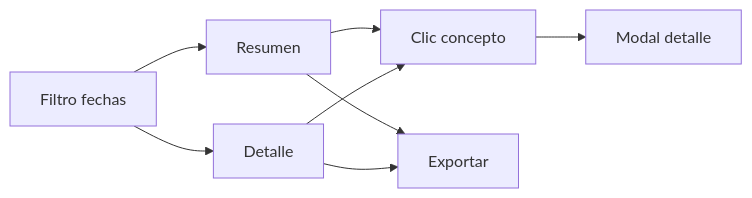
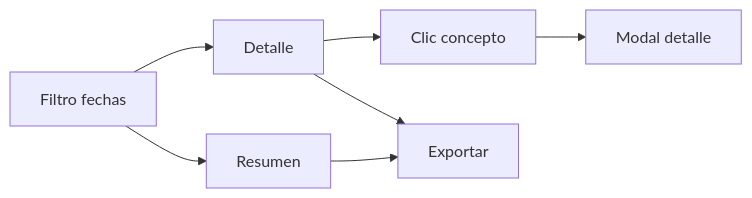
The diagram in documentation/flujo/vision-general.md (nicolascasanova0799/documentacion-prototipo-caja-diaria), drawn with Mermaid before and after one commit. The commit also changed other lines of this file and 7 other files, not shown here.

````diff
--- a/documentation/flujo/vision-general.md
+++ b/documentation/flujo/vision-general.md
@@ -42,10 +42,9 @@
 ```mermaid
 flowchart LR
   F[Filtro fechas] --> R[Resumen]
   F --> D[Detalle]
-  R --> C[Clic concepto]
-  D --> C
+  D --> C[Clic concepto]
   C --> M[Modal detalle]
   R --> E[Exportar]
   D --> E
 ```
````
